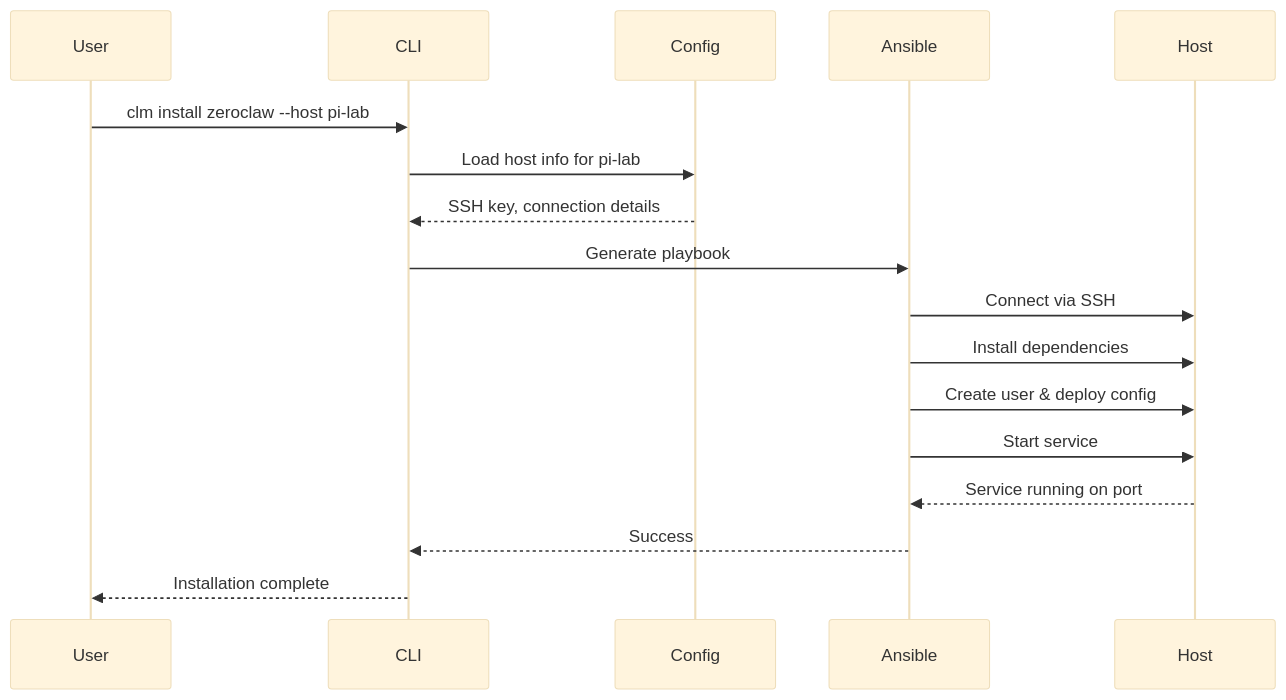
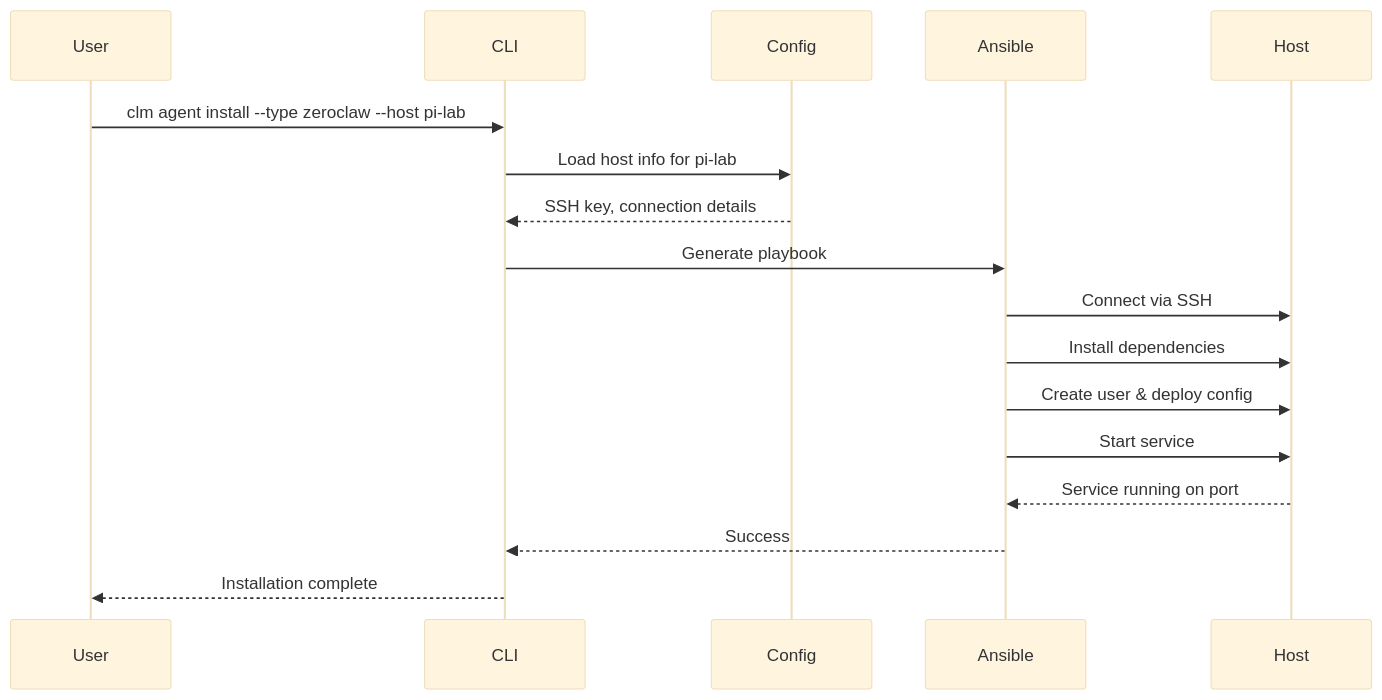
One commit to ric03uec/clawrium changed the sixth of 8 diagrams in website/docs/architecture.md. Above: the diagram before and after it, drawn with Mermaid (base theme). The commit also changed other lines of this file and 4 other files, not shown here.

First line of the commit message:
docs(cli): replace deprecated clm install references

````diff
--- a/website/docs/architecture.md
+++ b/website/docs/architecture.md
@@ -234,20 +234,20 @@
 ```mermaid
 sequenceDiagram
     participant User
     participant CLI
     participant Config
     participant Ansible
     participant Host
 
-    User->>CLI: clm install zeroclaw --host pi-lab
+    User->>CLI: clm agent install --type zeroclaw --host pi-lab
     CLI->>Config: Load host info for pi-lab
     Config-->>CLI: SSH key, connection details
     CLI->>Ansible: Generate playbook
     Ansible->>Host: Connect via SSH
     Ansible->>Host: Install dependencies
     Ansible->>Host: Create user & deploy config
     Ansible->>Host: Start service
     Host-->>Ansible: Service running on port
     Ansible-->>CLI: Success
     CLI-->>User: Installation complete
 ```
````
